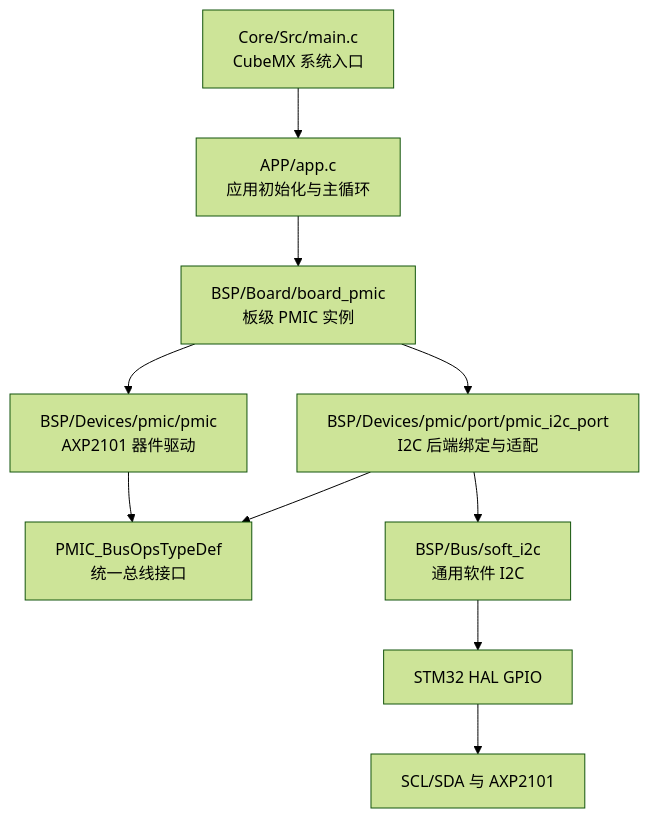
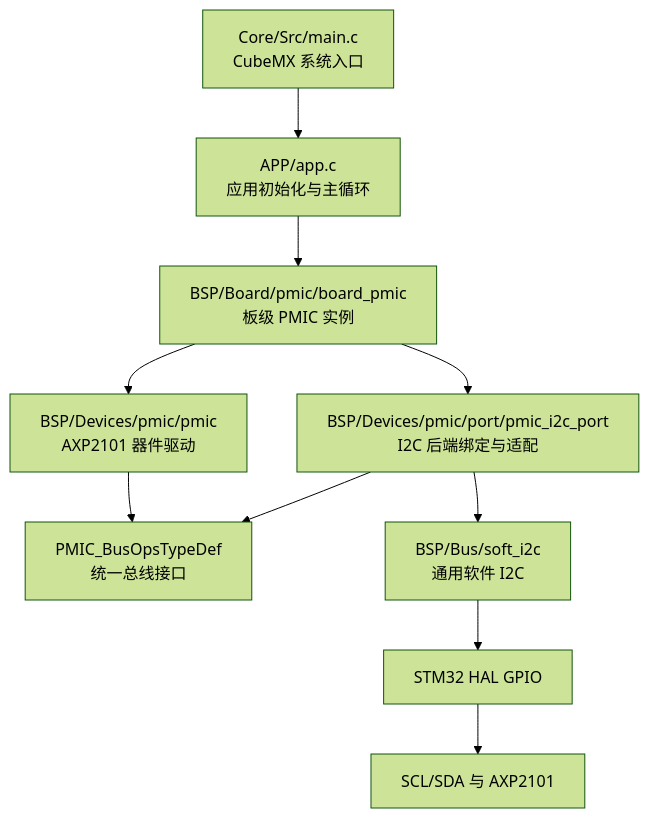
The diagram in docs/pmic_i2c_architecture.md (immorcoding/mp3_project), drawn with Mermaid (forest theme) before and after one commit. The commit also changed other lines of this file and 5 other files, not shown here.

````diff
--- a/docs/pmic_i2c_architecture.md
+++ b/docs/pmic_i2c_architecture.md
@@ -37,12 +40,12 @@
 ```mermaid
 flowchart TD
     Main["Core/Src/main.c<br/>CubeMX 系统入口"] --> App["APP/app.c<br/>应用初始化与主循环"]
-    App --> Board["BSP/Board/board_pmic<br/>板级 PMIC 实例"]
+    App --> Board["BSP/Board/pmic/board_pmic<br/>板级 PMIC 实例"]
     Board --> Device["BSP/Devices/pmic/pmic<br/>AXP2101 器件驱动"]
     Board --> Port["BSP/Devices/pmic/port/pmic_i2c_port<br/>I2C 后端绑定与适配"]
     Device --> Ops["PMIC_BusOpsTypeDef<br/>统一总线接口"]
     Port --> Ops
     Port --> SoftI2C["BSP/Bus/soft_i2c<br/>通用软件 I2C"]
     SoftI2C --> HAL["STM32 HAL GPIO"]
     HAL --> HW["SCL/SDA 与 AXP2101"]
 ```
````
